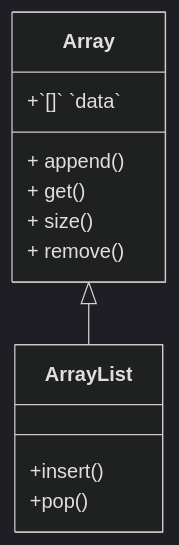
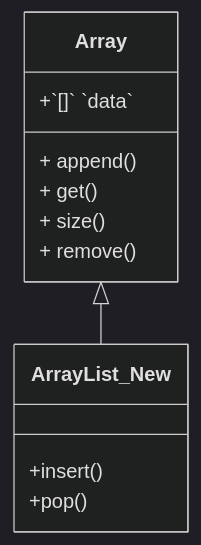
The diagram in .swm/arraylist.qpoj4aub.sw.md (Ivango128/ArrayList), drawn with Mermaid (dark theme) before and after one commit. The commit also changed other lines of this file, not shown here.

Commit message:
docs(swimm): update doc: "Класс ArrayList"

````diff
--- a/.swm/arraylist.qpoj4aub.sw.md
+++ b/.swm/arraylist.qpoj4aub.sw.md
@@ -64,14 +64,14 @@
 ```mermaid
 classDiagram
-`Array` <|-- `ArrayList`
+`Array` <|-- `ArrayList_New`
 `Array`: +`[]` `data`
 `Array`: + append()
 `Array`: + get()
 `Array`: + size()
 `Array`: + remove()
-class `ArrayList`{
+class `ArrayList_New`{
 +insert()
 +pop()
 }
 
 ```
````
